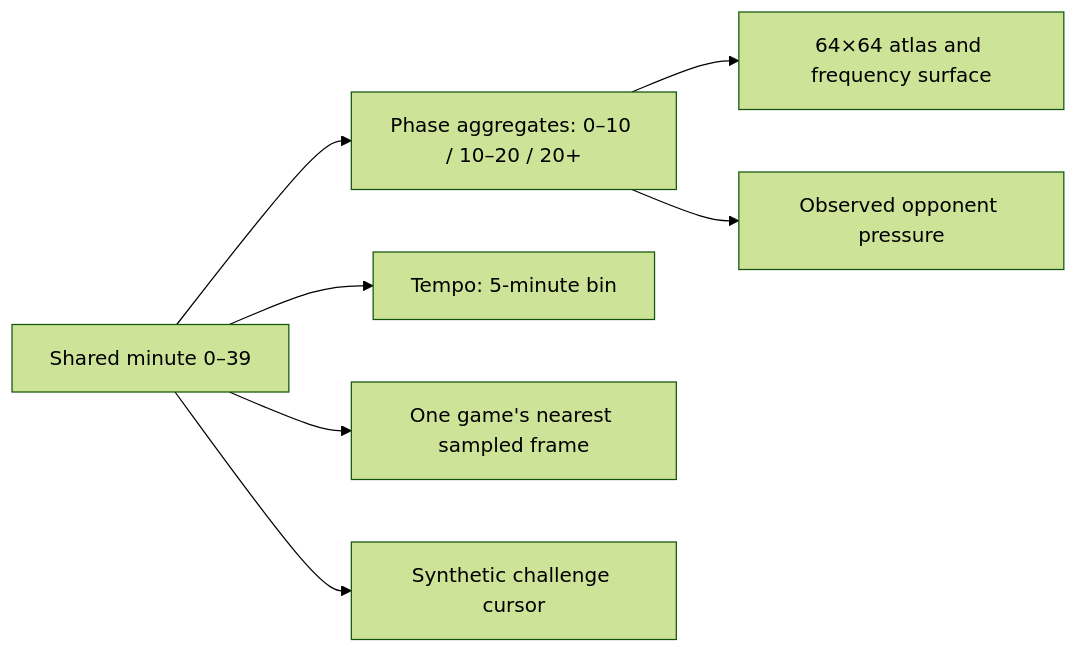
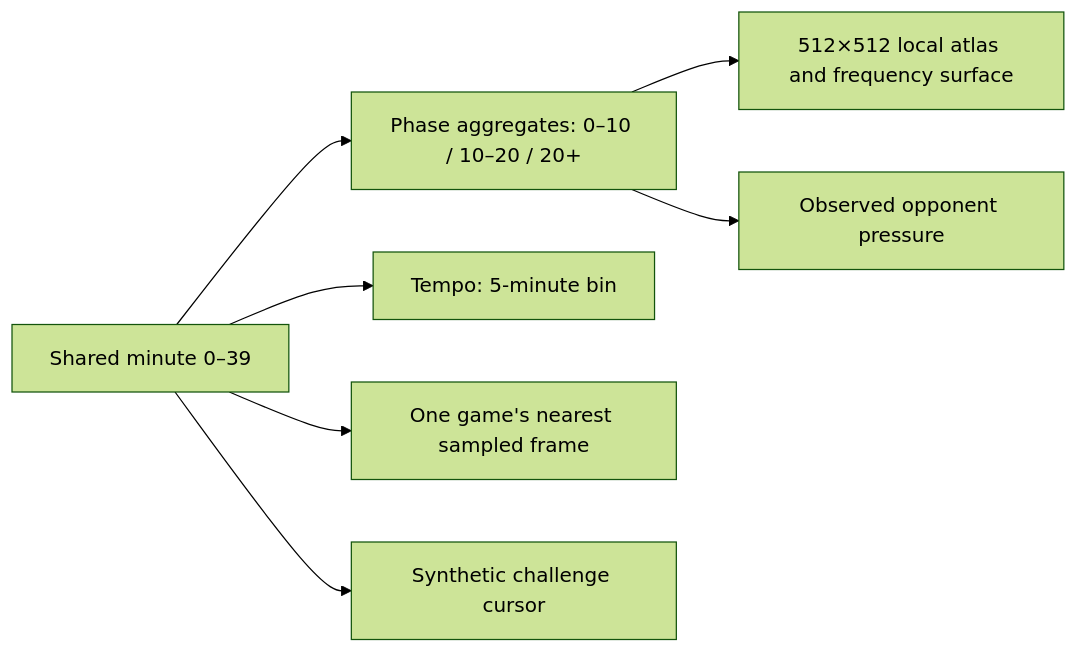
The first of 2 diagrams in DESIGN.md (nabz0r/shadowfaker), drawn with Mermaid (forest theme) before and after one commit. The commit also changed other lines of this file and 21 other files, not shown here.

````diff
--- a/DESIGN.md
+++ b/DESIGN.md
@@ -20,9 +20,9 @@
 ```mermaid
 flowchart LR
   T[Shared minute 0–39] --> P[Phase aggregates: 0–10 / 10–20 / 20+]
   T --> B[Tempo: 5-minute bin]
   T --> R[One game's nearest sampled frame]
   T --> S[Synthetic challenge cursor]
-  P --> A[64×64 atlas and frequency surface]
+  P --> A[512×512 local atlas and frequency surface]
   P --> E[Observed opponent pressure]
 ```
````
